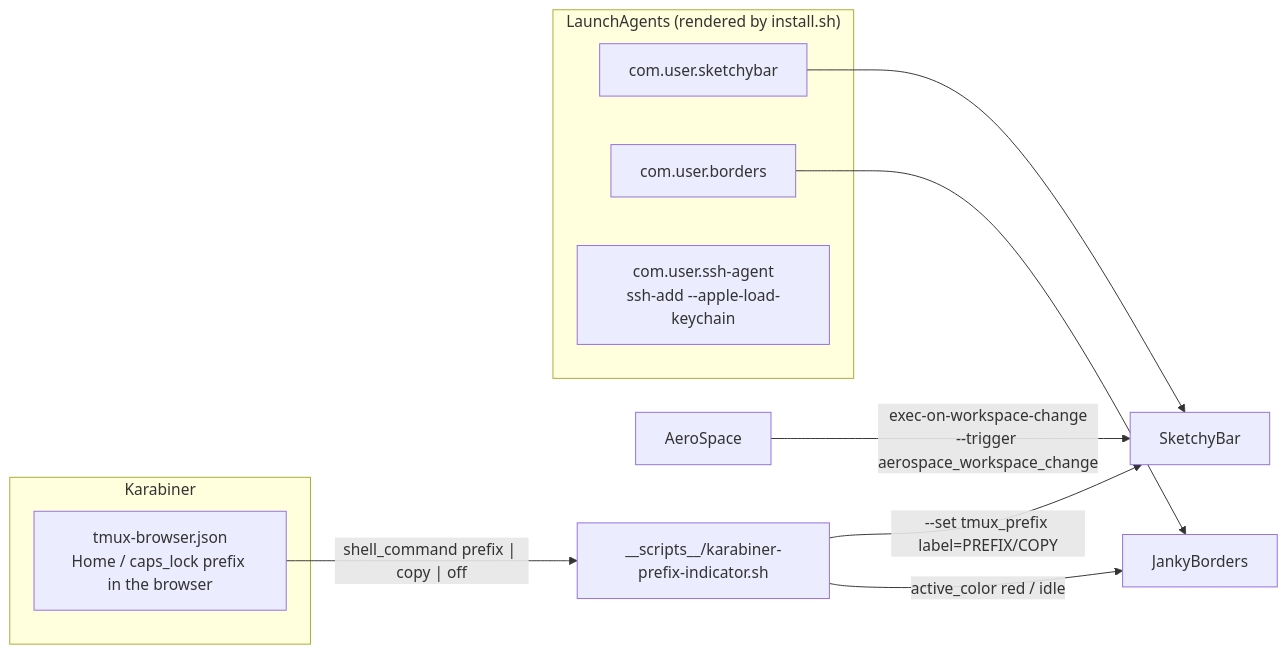
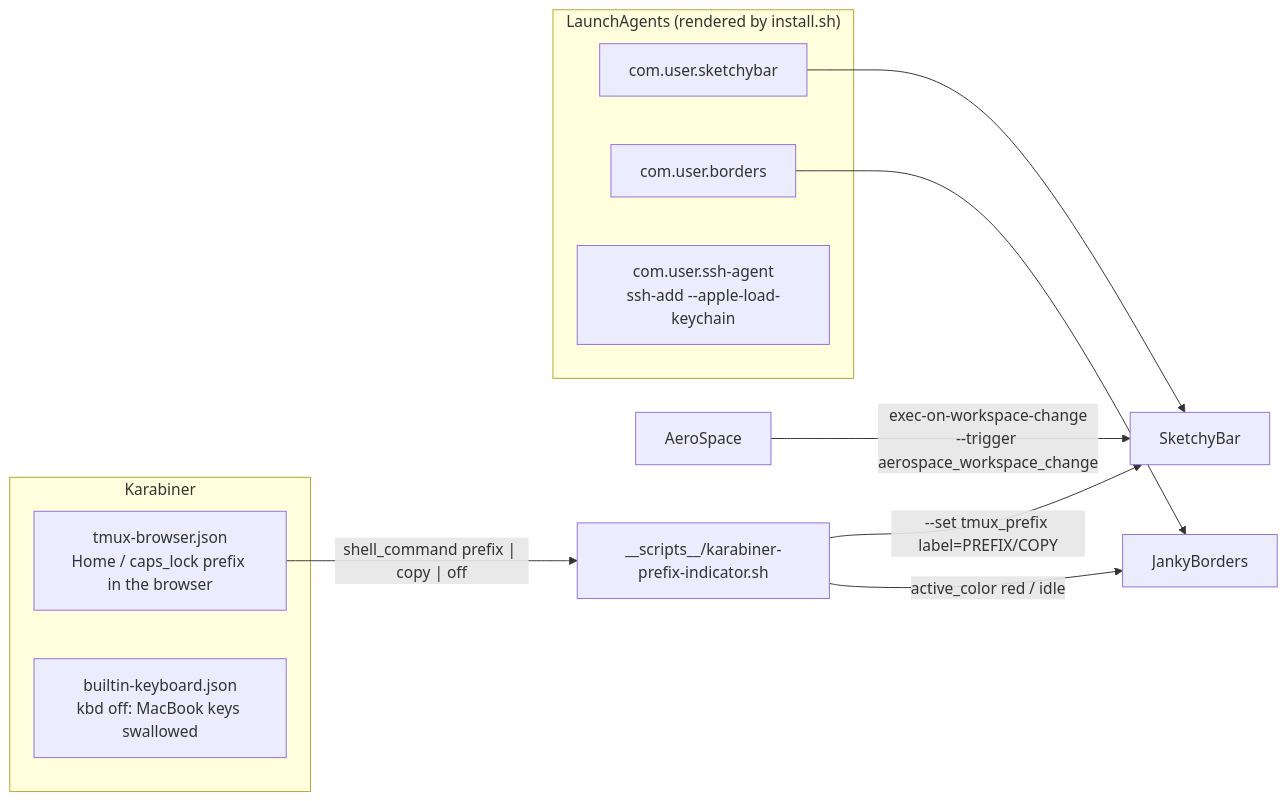
One commit to arisros/dotfiles changed the first of 4 diagrams in docs/desktop.md. Above: the diagram before and after it, drawn with Mermaid. The commit also changed other lines of this file and 6 other files, not shown here.

First line of the commit message:
feat(karabiner): add kbd to switch the built-in keyboard off and on

````diff
--- a/docs/desktop.md
+++ b/docs/desktop.md
@@ -7,17 +7,18 @@
 ```mermaid
 flowchart LR
   subgraph launchd["LaunchAgents (rendered by install.sh)"]
     LS["com.user.sketchybar"]
     LB["com.user.borders"]
     LK["com.user.ssh-agent<br/>ssh-add --apple-load-keychain"]
   end
   subgraph kb["Karabiner"]
     KR["tmux-browser.json<br/>Home / caps_lock prefix in the browser"]
+    KB["builtin-keyboard.json<br/>kbd off: MacBook keys swallowed"]
   end
   AE["AeroSpace"] -->|"exec-on-workspace-change<br/>--trigger aerospace_workspace_change"| SB["SketchyBar"]
   KR -->|"shell_command prefix | copy | off"| KI["__scripts__/karabiner-prefix-indicator.sh"]
   KI -->|"--set tmux_prefix label=PREFIX/COPY"| SB
   KI -->|"active_color red / idle"| BO["JankyBorders"]
   LS --> SB
   LB --> BO
 ```
````
